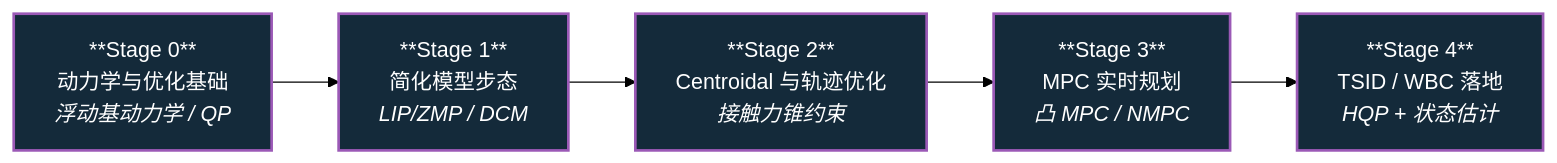
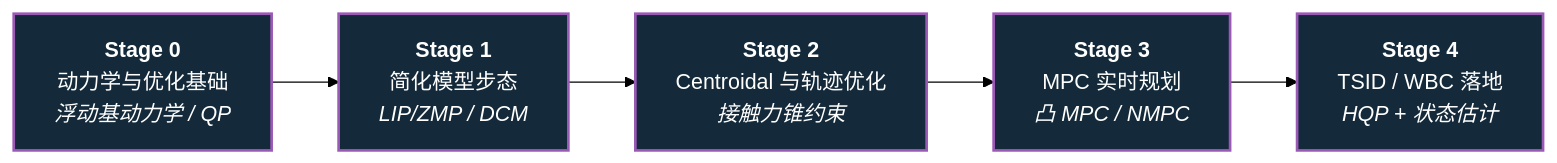
The diagram in roadmap/depth-classical-control.md (ImChong/Robotics_Notebooks), drawn with Mermaid (forest theme) before and after one commit. The commit also changed 27 other files, not shown here.

First line of the commit message:
fix(ux): 修复纵深路线一览 Mermaid 节点 ** 原样显示

````diff
--- a/roadmap/depth-classical-control.md
+++ b/roadmap/depth-classical-control.md
@@ -7,13 +7,13 @@
 ```mermaid
 flowchart LR
-  S0["**Stage 0**<br/>动力学与优化基础<br/><em>浮动基动力学 / QP</em>"]
-  S1["**Stage 1**<br/>简化模型步态<br/><em>LIP/ZMP / DCM</em>"]
-  S2["**Stage 2**<br/>Centroidal 与轨迹优化<br/><em>接触力锥约束</em>"]
-  S3["**Stage 3**<br/>MPC 实时规划<br/><em>凸 MPC / NMPC</em>"]
-  S4["**Stage 4**<br/>TSID / WBC 落地<br/><em>HQP + 状态估计</em>"]
+  S0["<b>Stage 0</b><br/>动力学与优化基础<br/><em>浮动基动力学 / QP</em>"]
+  S1["<b>Stage 1</b><br/>简化模型步态<br/><em>LIP/ZMP / DCM</em>"]
+  S2["<b>Stage 2</b><br/>Centroidal 与轨迹优化<br/><em>接触力锥约束</em>"]
+  S3["<b>Stage 3</b><br/>MPC 实时规划<br/><em>凸 MPC / NMPC</em>"]
+  S4["<b>Stage 4</b><br/>TSID / WBC 落地<br/><em>HQP + 状态估计</em>"]
 
   S0 --> S1 --> S2 --> S3 --> S4
 
   classDef stage fill:#142a3a,stroke:#9b59b6,stroke-width:2px,color:#fff
   class S0,S1,S2,S3,S4 stage
 ```
````
